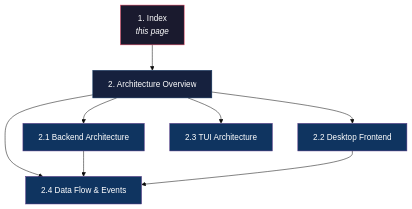
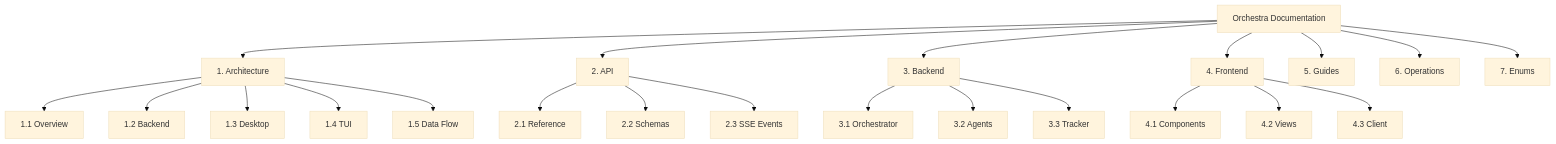
One commit to bradAGI/Orchestra changed the diagram in docs/index.md. Above: the diagram before and after it, drawn with Mermaid (base theme). The commit also changed other lines of this file and 63 other files, not shown here.

````diff
--- a/docs/index.md
+++ b/docs/index.md
@@ -26,20 +56,30 @@
 ```mermaid
 graph TD
-    INDEX["1. Index<br/><i>this page</i>"]
+    INDEX["Orchestra Documentation"]
 
-    INDEX --> ARCH["2. Architecture Overview"]
-    ARCH --> BACKEND["2.1 Backend Architecture"]
-    ARCH --> DESKTOP["2.2 Desktop Frontend"]
-    ARCH --> TUI["2.3 TUI Architecture"]
-    ARCH --> DATAFLOW["2.4 Data Flow & Events"]
+    INDEX --> ARCH["1. Architecture"]
+    INDEX --> API["2. API"]
+    INDEX --> BACK["3. Backend"]
+    INDEX --> FRONT["4. Frontend"]
+    INDEX --> GUIDES["5. Guides"]
+    INDEX --> OPS["6. Operations"]
+    INDEX --> ENUMS["7. Enums"]
 
-    BACKEND --> DATAFLOW
-    DESKTOP --> DATAFLOW
+    ARCH --> A1["1.1 Overview"]
+    ARCH --> A2["1.2 Backend"]
+    ARCH --> A3["1.3 Desktop"]
+    ARCH --> A4["1.4 TUI"]
+    ARCH --> A5["1.5 Data Flow"]
 
-    style INDEX fill:#1a1a2e,stroke:#e94560,color:#fff
-    style ARCH fill:#16213e,stroke:#0f3460,color:#fff
-    style BACKEND fill:#0f3460,stroke:#533483,color:#fff
-    style DESKTOP fill:#0f3460,stroke:#533483,color:#fff
-    style TUI fill:#0f3460,stroke:#533483,color:#fff
-    style DATAFLOW fill:#0f3460,stroke:#533483,color:#fff
+    API --> B1["2.1 Reference"]
+    API --> B2["2.2 Schemas"]
+    API --> B3["2.3 SSE Events"]
+
+    BACK --> C1["3.1 Orchestrator"]
+    BACK --> C2["3.2 Agents"]
+    BACK --> C3["3.3 Tracker"]
+
+    FRONT --> D1["4.1 Components"]
+    FRONT --> D2["4.2 Views"]
+    FRONT --> D3["4.3 Client"]
 ```
````
